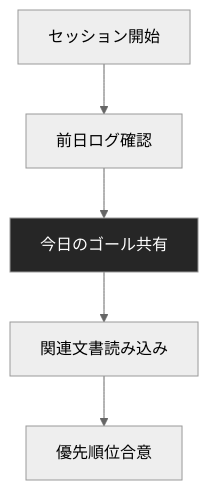
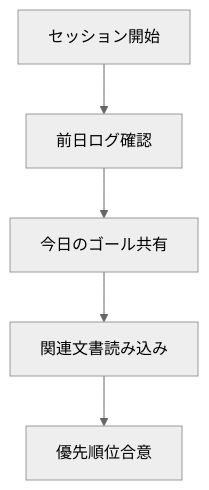
The second of 5 diagrams in docs/techniques/エージェントと協業する-1-日のワークフロー.md (dinekt/dinekt-wiki), drawn with Mermaid (neutral theme) before and after one commit. The commit also changed other lines of this file and 70 other files, not shown here.

First line of the commit message:
fix(mermaid): strip all inline styling, rely on theme

````diff
--- a/docs/techniques/エージェントと協業する-1-日のワークフロー.md
+++ b/docs/techniques/エージェントと協業する-1-日のワークフロー.md
@@ -44,9 +40,8 @@
 ```mermaid
 flowchart TD
     S[セッション開始] --> R[前日ログ確認]
     R --> G[今日のゴール共有]
     G --> C[関連文書読み込み]
     C --> P[優先順位合意]
 
-    style G fill:#262626,color:#fff
 ```
````
